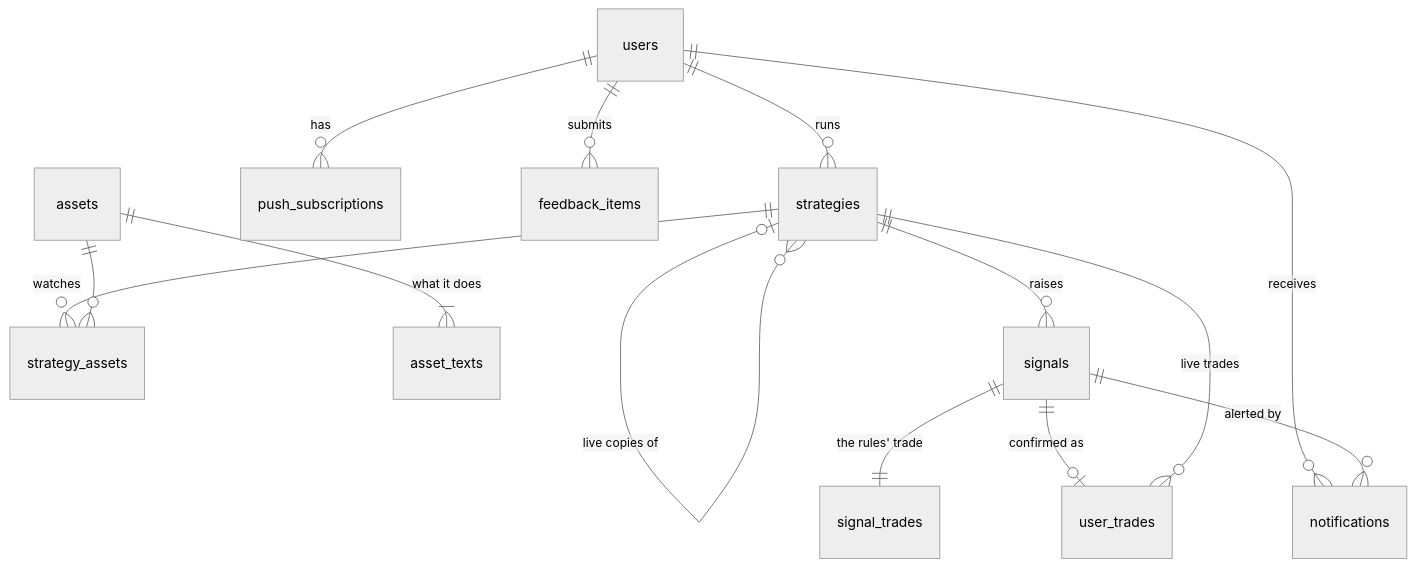
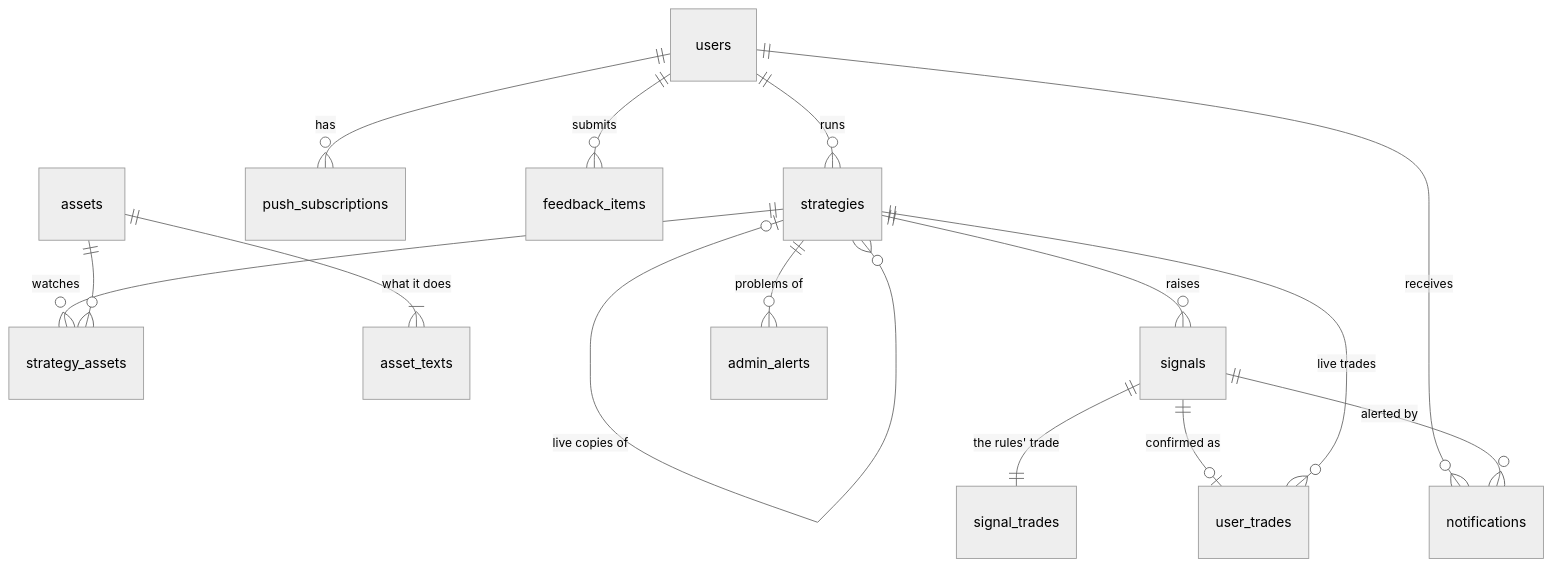
The diagram in backend/DATA-MODEL.md (ernestbofill/strategy-trading-lab), drawn with Mermaid (neutral theme) before and after one commit. The commit also changed other lines of this file and 38 other files, not shown here.

First line of the commit message:
Add an admin alerts page for problems the background jobs find (#110)

````diff
--- a/backend/DATA-MODEL.md
+++ b/backend/DATA-MODEL.md
@@ -40,16 +40,17 @@
 ```mermaid
 erDiagram
     users ||--o{ strategies : runs
     users ||--o{ push_subscriptions : has
     users ||--o{ notifications : receives
     users ||--o{ feedback_items : submits
     strategies |o--o{ strategies : "live copies of"
     strategies ||--o{ strategy_assets : watches
     assets ||--o{ strategy_assets : ""
     assets ||--|{ asset_texts : "what it does"
     strategies ||--o{ signals : raises
     signals ||--|| signal_trades : "the rules' trade"
     signals ||--o| user_trades : "confirmed as"
     strategies ||--o{ user_trades : "live trades"
     signals ||--o{ notifications : "alerted by"
+    strategies ||--o{ admin_alerts : "problems of"
 ```
````
